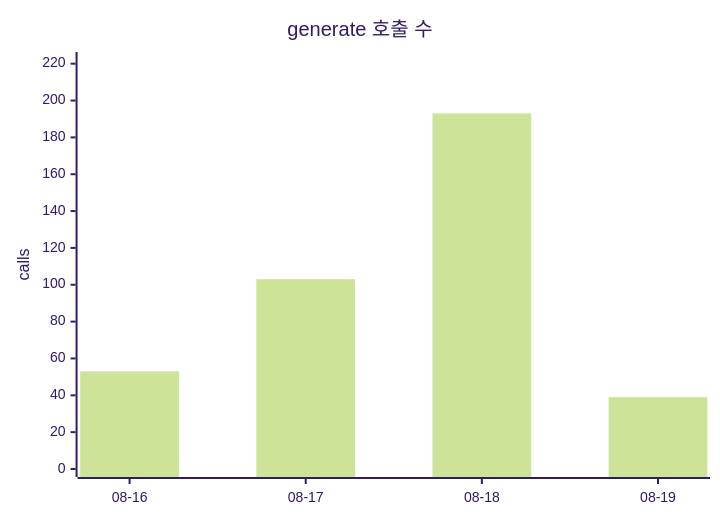
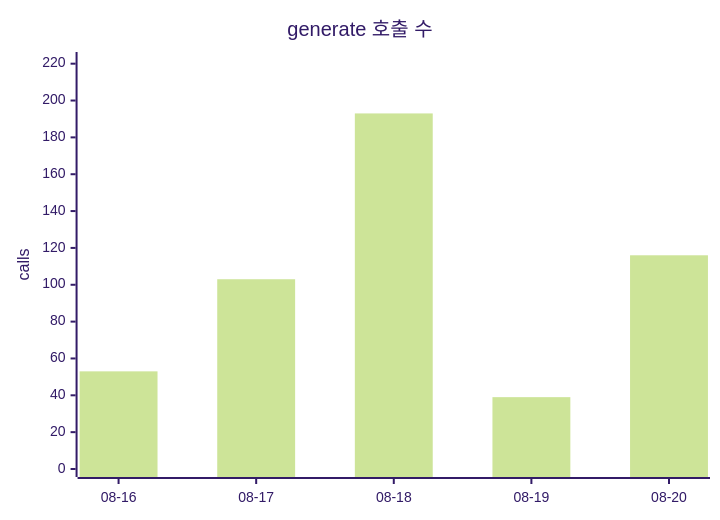
Before and after one commit to userri/PinQ-backend: the first of 2 diagrams in docs/data/token-usage.md, drawn with Mermaid (forest theme). The commit also changed other lines of this file and 4 other files, not shown here.

````diff
--- a/docs/data/token-usage.md
+++ b/docs/data/token-usage.md
@@ -44,7 +47,7 @@
 ```mermaid
 xychart-beta
     title "generate 호출 수"
-    x-axis ["08-16", "08-17", "08-18", "08-19"]
+    x-axis ["08-16", "08-17", "08-18", "08-19", "08-20"]
     y-axis "calls" 0 --> 222
-    bar [53, 103, 193, 39]
+    bar [53, 103, 193, 39, 116]
 ```
````
